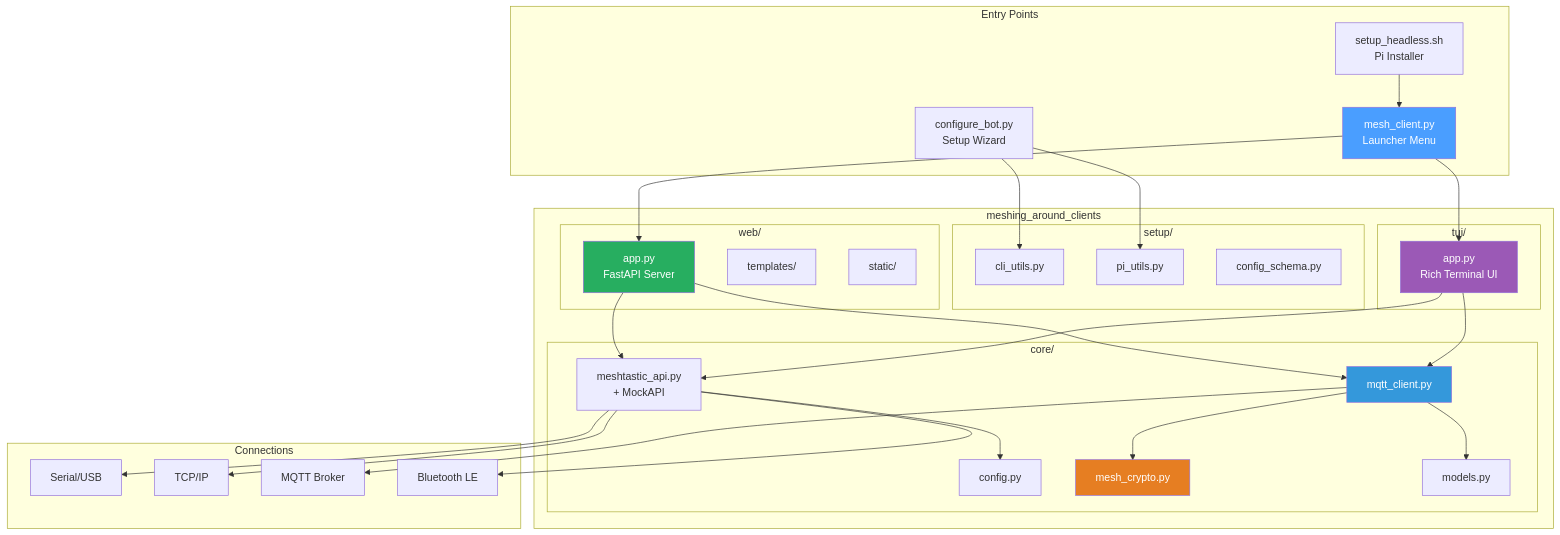
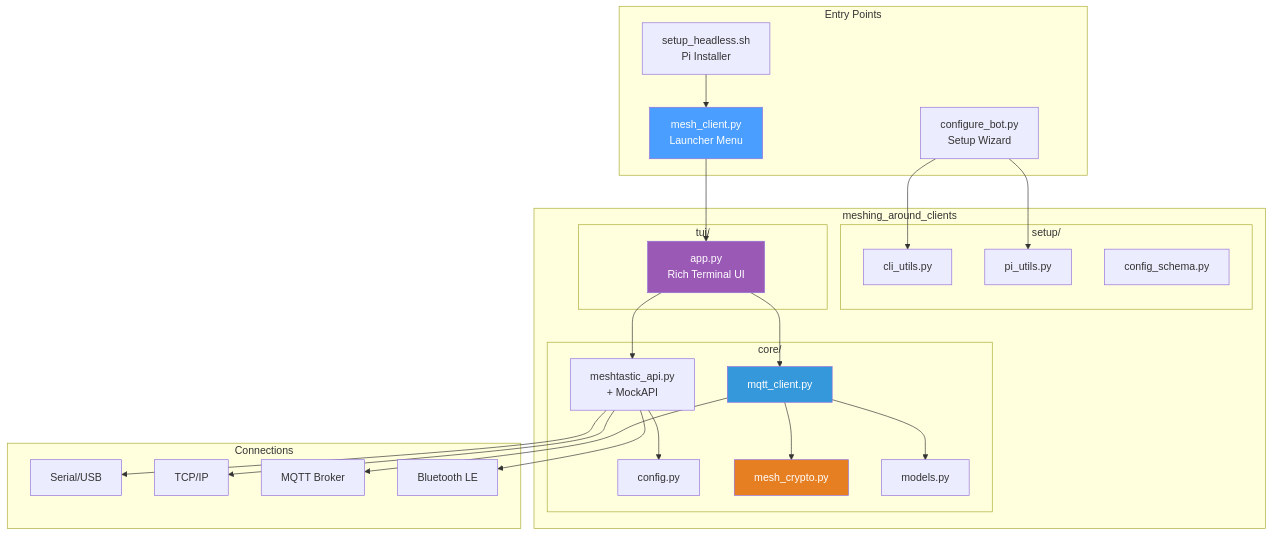
Before and after one commit to Nursedude/meshing_around_meshforge: the second of 5 diagrams in README.md, drawn with Mermaid. The commit also changed other lines of this file and 24 other files, not shown here.

````diff
--- a/README.md
+++ b/README.md
@@ -107,66 +104,56 @@
 ```mermaid
 graph TB
     subgraph "Entry Points"
         MC[mesh_client.py<br/>Launcher Menu]
         CB[configure_bot.py<br/>Setup Wizard]
         SH[setup_headless.sh<br/>Pi Installer]
     end
 
     subgraph "meshing_around_clients"
         subgraph "core/"
             CFG[config.py]
             API[meshtastic_api.py<br/>+ MockAPI]
             MQTT[mqtt_client.py]
             CRYPTO[mesh_crypto.py]
             MDL[models.py]
         end
 
         subgraph "setup/"
             CLI[cli_utils.py]
             PI[pi_utils.py]
             SCHEMA[config_schema.py]
         end
 
         subgraph "tui/"
             TUIAPP[app.py<br/>Rich Terminal UI]
         end
-
-        subgraph "web/"
-            WEBAPP[app.py<br/>FastAPI Server]
-            TPL[templates/]
-            STATIC[static/]
-        end
     end
 
     subgraph "Connections"
         SER[Serial/USB]
         TCPCON[TCP/IP]
         MQTTCON[MQTT Broker]
         BLECON[Bluetooth LE]
     end
 
     MC --> TUIAPP
-    MC --> WEBAPP
     CB --> CLI
     CB --> PI
     SH --> MC
 
     TUIAPP --> API
     TUIAPP --> MQTT
-    WEBAPP --> API
-    WEBAPP --> MQTT
     API --> CFG
     MQTT --> CRYPTO
     MQTT --> MDL
 
     API --> SER
     API --> TCPCON
     API --> BLECON
     MQTT --> MQTTCON
 
     style MC fill:#4a9eff,color:#fff
     style TUIAPP fill:#9b59b6,color:#fff
-    style WEBAPP fill:#27ae60,color:#fff
     style MQTT fill:#3498db,color:#fff
     style CRYPTO fill:#e67e22,color:#fff
 ```
````
